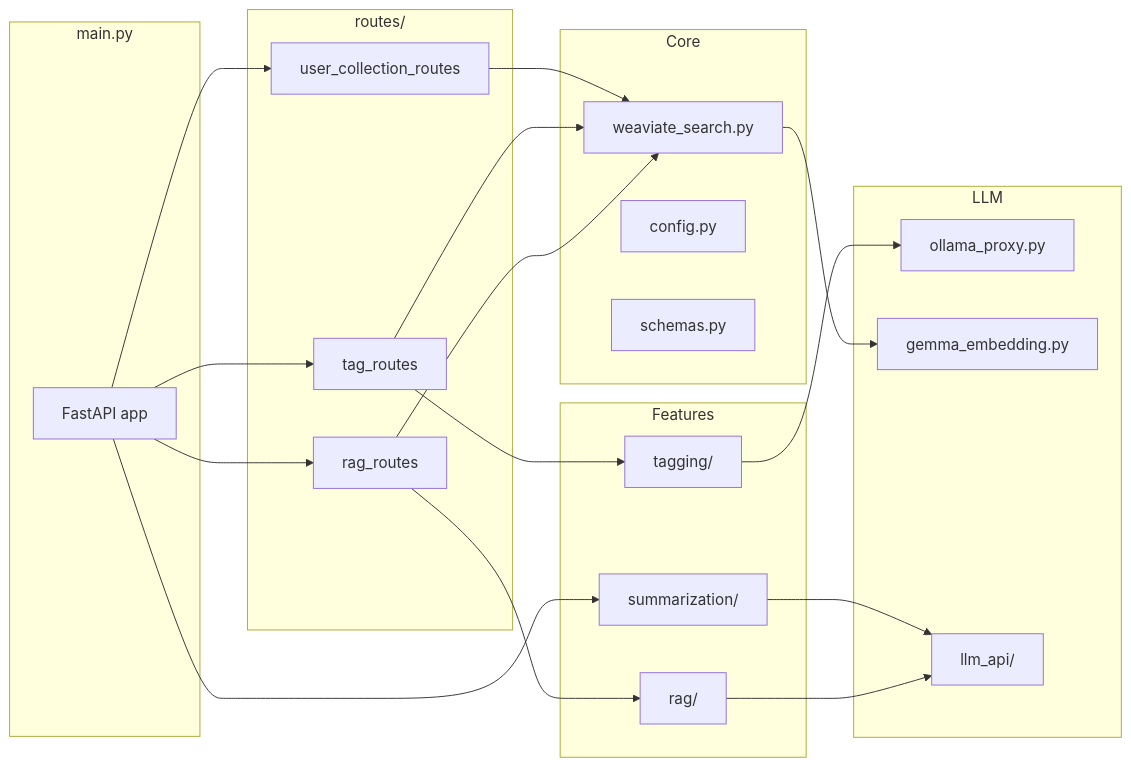
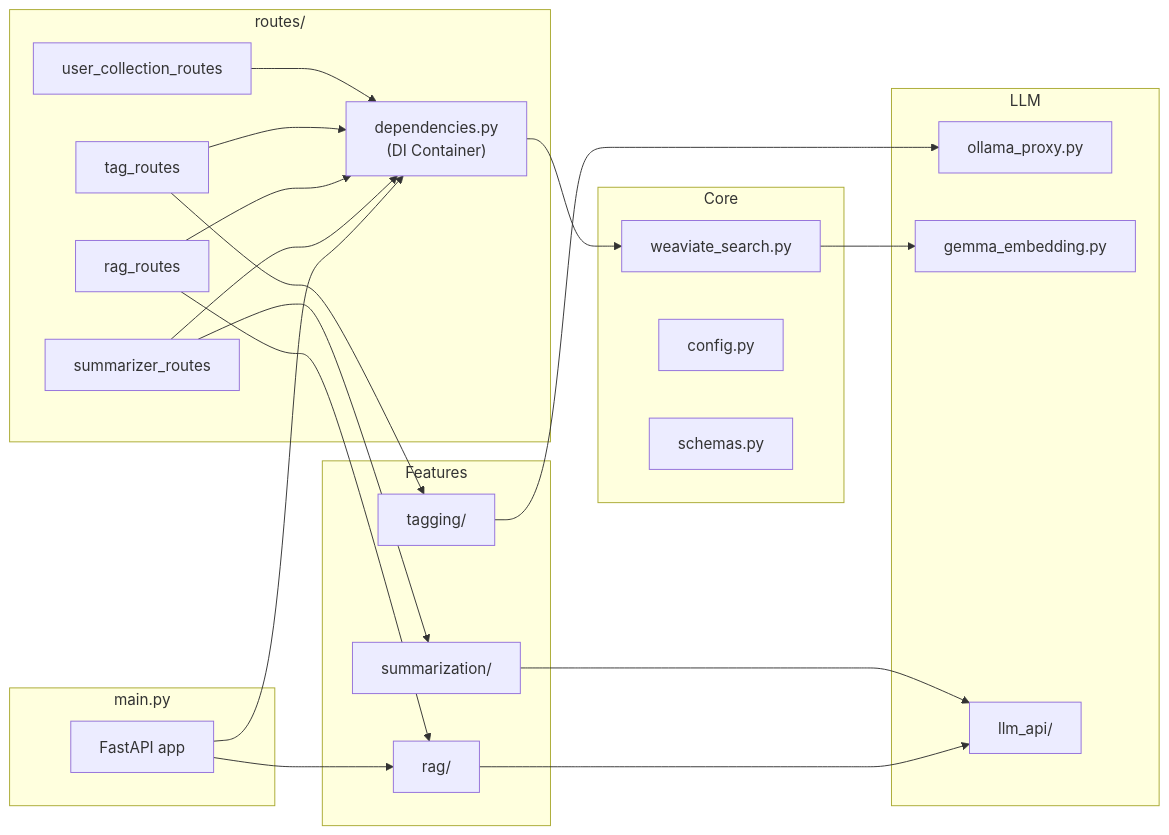
The second of 6 diagrams in docs/ARCHITECTURE.md (DCGM/semant-demo), drawn with Mermaid before and after one commit. The commit also changed other lines of this file and 1 other file, not shown here.

````diff
--- a/docs/ARCHITECTURE.md
+++ b/docs/ARCHITECTURE.md
@@ -54,40 +54,43 @@
 ```mermaid
 flowchart LR
     subgraph main.py
         APP[FastAPI app]
     end
 
     subgraph routes/
+        DI["dependencies.py<br/>(DI Container)"]
+        SUM_R[summarizer_routes]
         RAG_R[rag_routes]
         TAG_R[tag_routes]
         COL_R[user_collection_routes]
     end
 
     subgraph Core
         WS[weaviate_search.py]
         CFG[config.py]
         SCH[schemas.py]
     end
 
     subgraph LLM
         OLLP[ollama_proxy.py]
         GEMMA[gemma_embedding.py]
         LLM_API[llm_api/]
     end
 
     subgraph Features
         RAG_F[rag/]
         SUM[summarization/]
         TAG_F[tagging/]
     end
 
-    APP --> RAG_R & TAG_R & COL_R
-    RAG_R & TAG_R & COL_R --> WS
+    APP --> DI & RAG_F
+    SUM_R & RAG_R & TAG_R & COL_R --> DI
+    DI --> WS
     RAG_R --> RAG_F
-    APP --> SUM
+    SUM_R --> SUM
     TAG_R --> TAG_F
     WS --> GEMMA
     RAG_F --> LLM_API
     SUM --> LLM_API
     TAG_F --> OLLP
 ```
````
